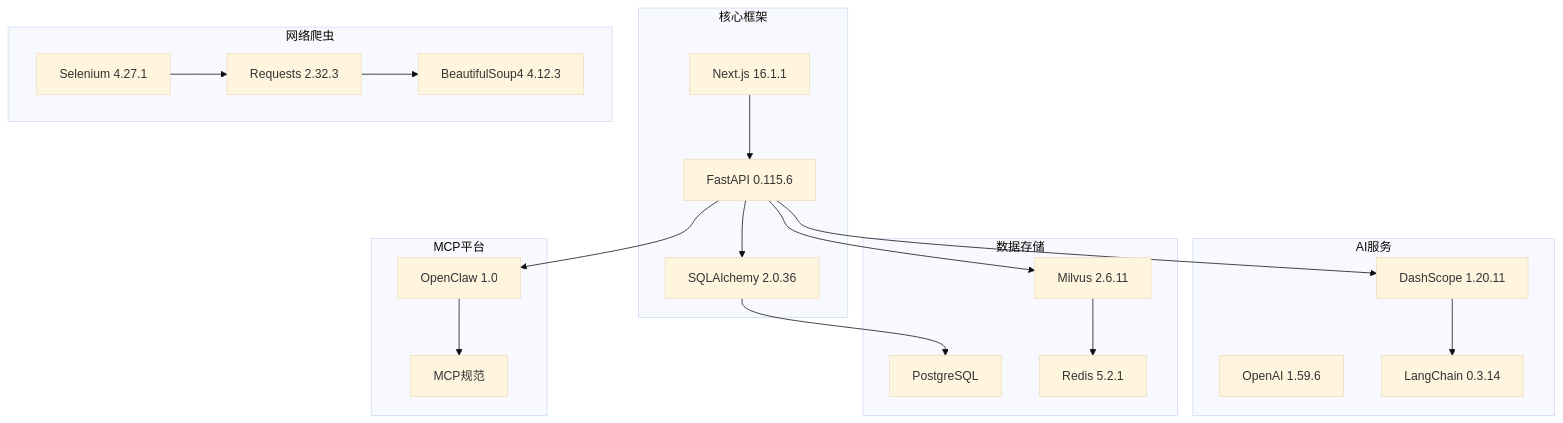
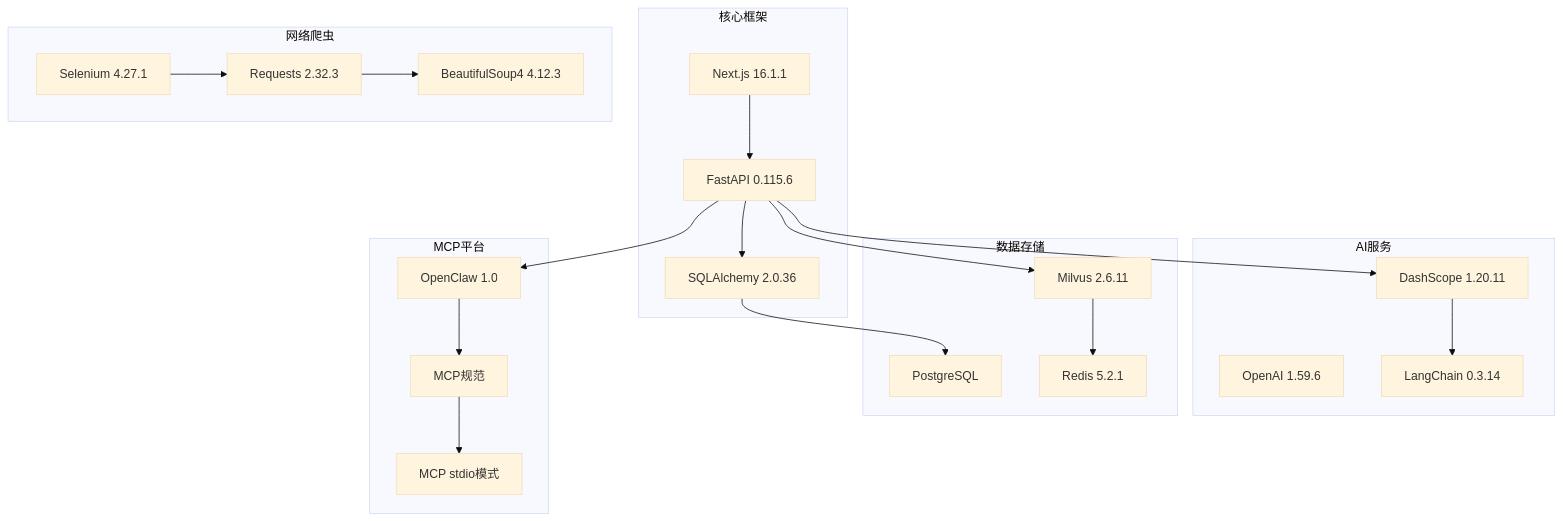
One commit to ghbbn053-ship-itsoulddog/soulddog changed diagram 14 of 14 in .qoder/repowiki/zh/content/AI智能问答系统/AI工具调用功能.md. Above: the diagram before and after it, drawn with Mermaid (base theme). The commit also changed other lines of this file and 119 other files, not shown here.

````diff
--- a/.qoder/repowiki/zh/content/AI智能问答系统/AI工具调用功能.md
+++ b/.qoder/repowiki/zh/content/AI智能问答系统/AI工具调用功能.md
@@ -465,38 +575,40 @@
 ```mermaid
 graph TB
 subgraph "核心框架"
 FastAPI[FastAPI 0.115.6]
 NextJS[Next.js 16.1.1]
 SQLAlchemy[SQLAlchemy 2.0.36]
 end
 subgraph "AI服务"
 DashScope[DashScope 1.20.11]
 OpenAI[OpenAI 1.59.6]
 LangChain[LangChain 0.3.14]
 end
 subgraph "数据存储"
 Postgres[PostgreSQL]
 Milvus[Milvus 2.6.11]
 Redis[Redis 5.2.1]
 end
 subgraph "网络爬虫"
 Requests[Requests 2.32.3]
 BeautifulSoup[BeautifulSoup4 4.12.3]
 Selenium[Selenium 4.27.1]
 end
 subgraph "MCP平台"
 OpenClaw[OpenClaw 1.0]
 MCP[MCP规范]
+MCPStdio[MCP stdio模式]
 end
 FastAPI --> DashScope
 FastAPI --> SQLAlchemy
 FastAPI --> Milvus
 FastAPI --> OpenClaw
 NextJS --> FastAPI
 DashScope --> LangChain
 SQLAlchemy --> Postgres
 Milvus --> Redis
 Requests --> BeautifulSoup
 Selenium --> Requests
 OpenClaw --> MCP
+MCP --> MCPStdio
 ```
````
